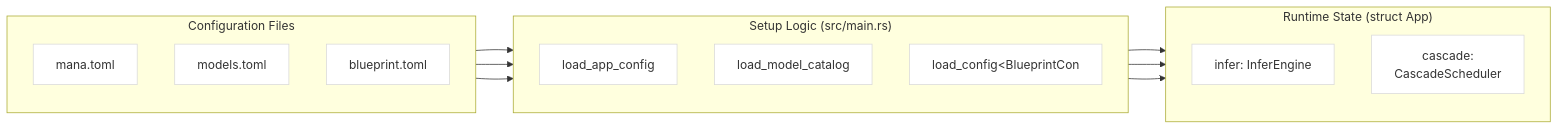
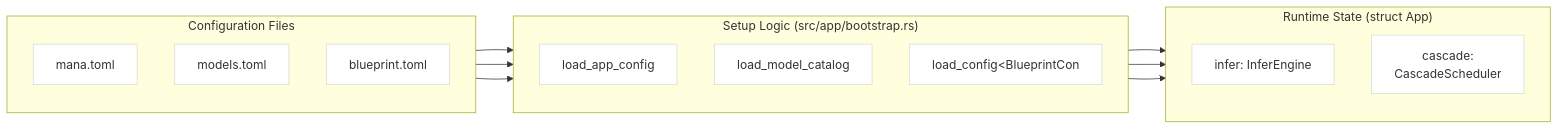
One commit to e7canasta/mana-lite changed the second of 2 diagrams in docs/wiki/1-overview.md. Above: the diagram before and after it, drawn with Mermaid. The commit also changed other lines of this file and 68 other files, not shown here.

````diff
--- a/docs/wiki/1-overview.md
+++ b/docs/wiki/1-overview.md
@@ -111,39 +115,39 @@
 ```mermaid
 flowchart LR
 
     subgraph CONFIG["Configuration Files"]
         direction TB
         MANA["mana.toml"]
         MODELS["models.toml"]
         BLUEPRINT["blueprint.toml"]
     end
 
-    subgraph SETUP["Setup Logic (src/main.rs)"]
+    subgraph SETUP["Setup Logic (src/app/bootstrap.rs)"]
         direction TB
         LOAD_APP["load_app_config"]
         LOAD_MODELS["load_model_catalog"]
         LOAD_CONFIG["load_config&lt;BlueprintCon"]
     end
 
     subgraph RUNTIME["Runtime State (struct App)"]
         direction TB
         INFER["infer: InferEngine"]
         CASCADE["cascade:<br/>CascadeScheduler"]
     end
 
     MANA --> LOAD_APP
     MODELS --> LOAD_MODELS
     BLUEPRINT --> LOAD_CONFIG
 
     LOAD_APP --> INFER
     LOAD_MODELS --> INFER
     LOAD_CONFIG --> CASCADE
 
     classDef config fill:#fff,stroke:#d9d9d9,color:#333
     classDef setup fill:#fff,stroke:#d9d9d9,color:#333
     classDef runtime fill:#fff,stroke:#d9d9d9,color:#333
 
     class MANA,MODELS,BLUEPRINT config
     class LOAD_APP,LOAD_MODELS,LOAD_CONFIG setup
     class INFER,CASCADE runtime
 ```
````
